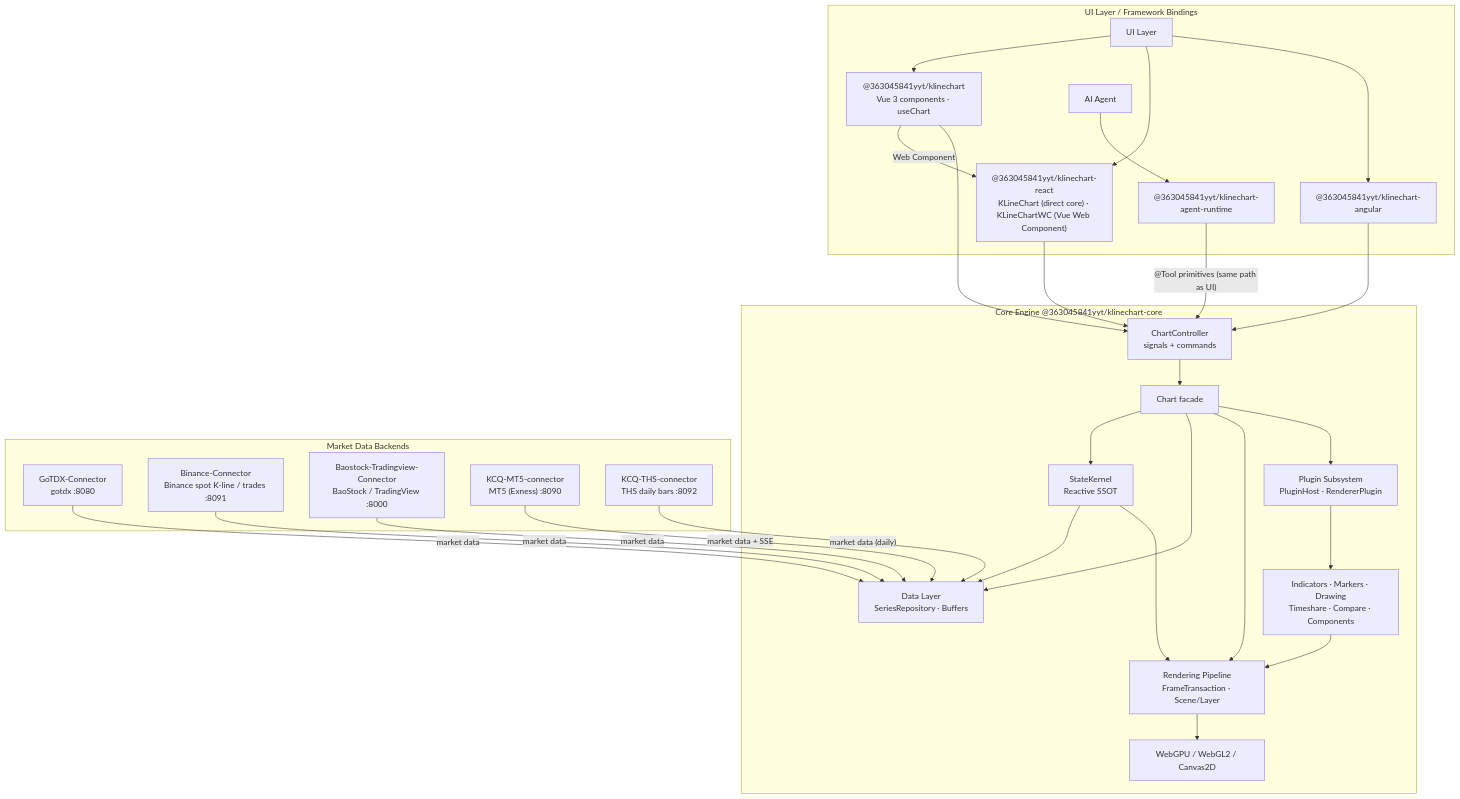
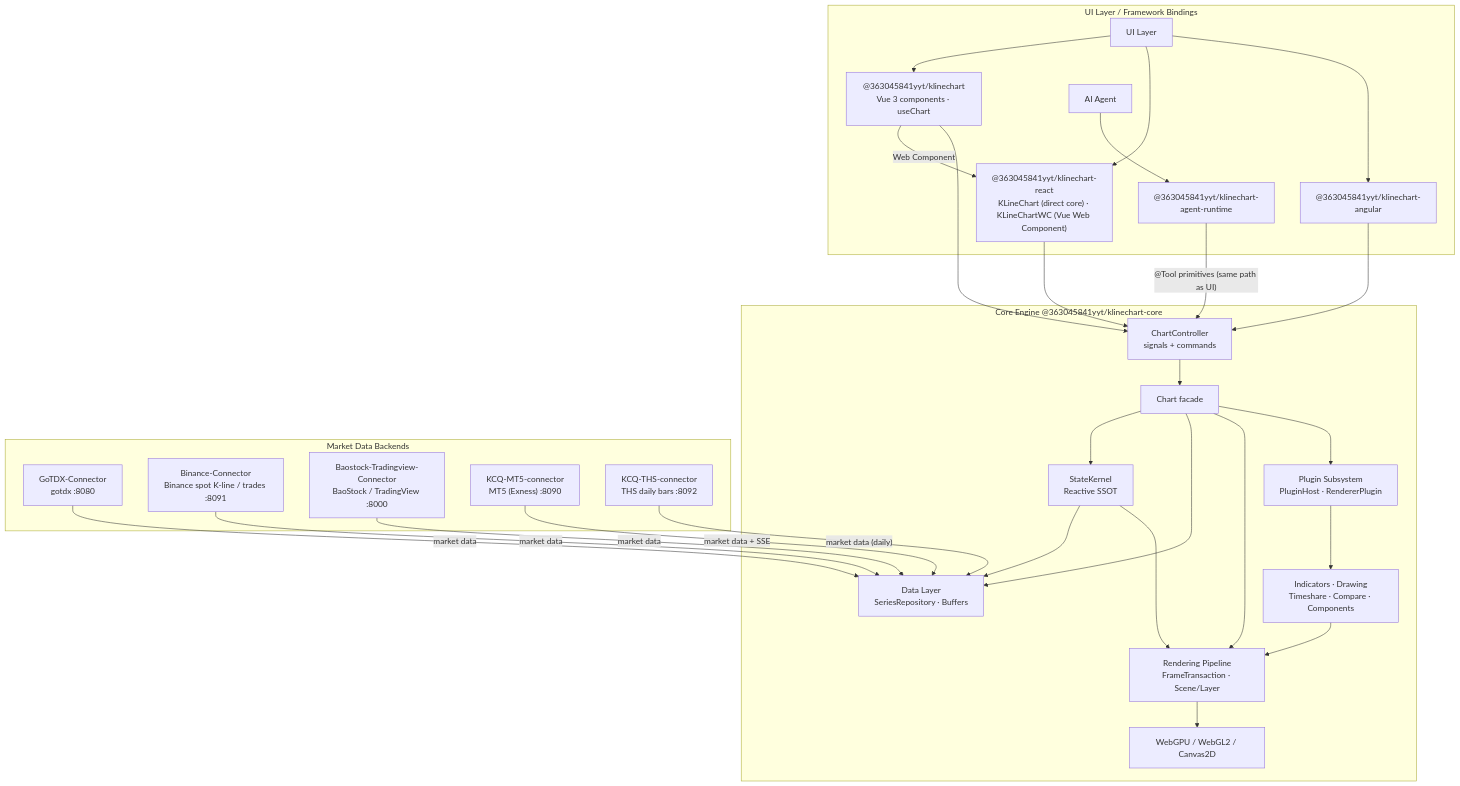
The diagram in README.md (363045841/KLineChartQuant), drawn with Mermaid before and after one commit. The commit also changed other lines of this file and 453 other files, not shown here.

````diff
--- a/README.md
+++ b/README.md
@@ -66,55 +65,55 @@
 ```mermaid
 flowchart TB
     subgraph app["UI Layer / Framework Bindings"]
         UI["UI Layer"]
         VuePkg["@363045841yyt/klinechart<br/>Vue 3 components · useChart"]
         ReactPkg["@363045841yyt/klinechart-react<br/>KLineChart (direct core) · KLineChartWC (Vue Web Component)"]
         AngularPkg["@363045841yyt/klinechart-angular"]
         Agent["AI Agent"]
         AgentRt["@363045841yyt/klinechart-agent-runtime"]
     end
 
     subgraph core["Core Engine @363045841yyt/klinechart-core"]
         Ctl["ChartController<br/>signals + commands"]
         Chart["Chart facade"]
         Kernel["StateKernel<br/>Reactive SSOT"]
         Data["Data Layer<br/>SeriesRepository · Buffers"]
         Pipe["Rendering Pipeline<br/>FrameTransaction · Scene/Layer"]
         GPU["WebGPU / WebGL2 / Canvas2D"]
         Plugin["Plugin Subsystem<br/>PluginHost · RendererPlugin"]
-        Biz["Indicators · Markers · Drawing<br/>Timeshare · Compare · Components"]
+        Biz["Indicators · Drawing<br/>Timeshare · Compare · Components"]
     end
 
     subgraph conn["Market Data Backends"]
         Go["GoTDX-Connector<br/>gotdx :8080"]
         Bn["Binance-Connector<br/>Binance spot K-line / trades :8091"]
         Bs["Baostock-Tradingview-Connector<br/>BaoStock / TradingView :8000"]
         Mt["KCQ-MT5-connector<br/>MT5 (Exness) :8090"]
         Th["KCQ-THS-connector<br/>THS daily bars :8092"]
     end
 
     UI --> VuePkg
     UI --> ReactPkg
     UI --> AngularPkg
     VuePkg -->|"Web Component"| ReactPkg
     Agent --> AgentRt
     VuePkg --> Ctl
     ReactPkg --> Ctl
     AngularPkg --> Ctl
     AgentRt -->|"@Tool primitives (same path as UI)"| Ctl
     Ctl --> Chart
     Chart --> Kernel
     Chart --> Data
     Chart --> Pipe
     Chart --> Plugin
     Plugin --> Biz
     Biz --> Pipe
     Pipe --> GPU
     Go -->|market data| Data
     Bn -->|market data| Data
     Bs -->|market data| Data
     Mt -->|"market data + SSE"| Data
     Th -->|"market data (daily)"| Data
     Kernel --> Data
     Kernel --> Pipe
 ```
````
